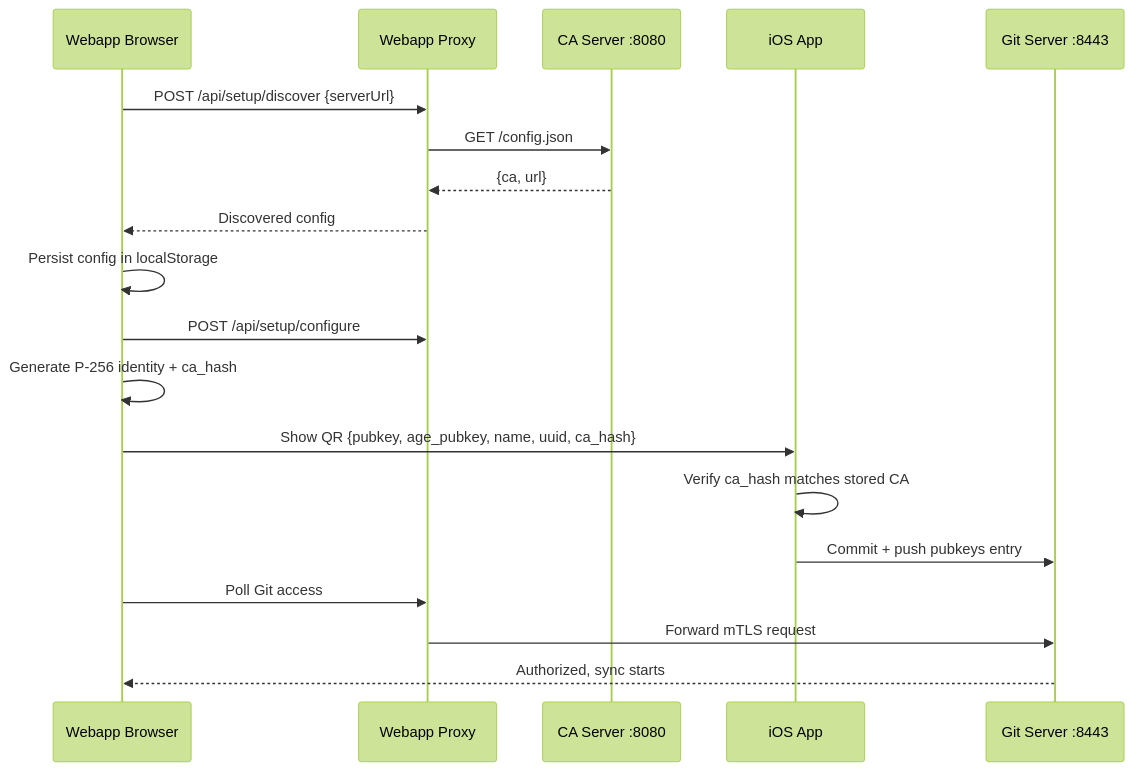
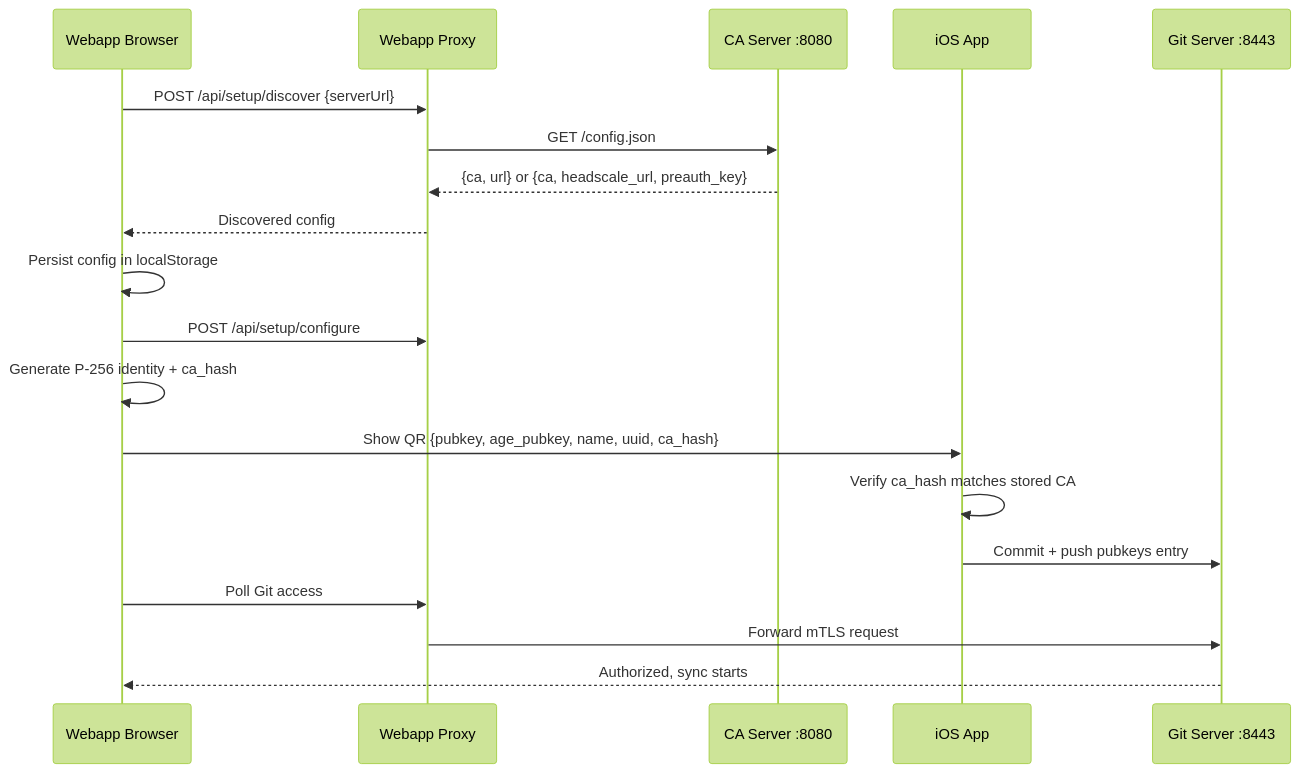
One commit to mr-andreas/replycant changed the fourth of 4 diagrams in docs/docs/gitdb/device-onboarding.md. Above: the diagram before and after it, drawn with Mermaid (forest theme). The commit also changed other lines of this file and 52 other files, not shown here.

````diff
--- a/docs/docs/gitdb/device-onboarding.md
+++ b/docs/docs/gitdb/device-onboarding.md
@@ -266,22 +274,22 @@
 ```mermaid
 sequenceDiagram
     participant Browser as Webapp Browser
     participant Proxy as Webapp Proxy
     participant CAServer as CA Server :8080
     participant Device as iOS App
     participant GitServer as Git Server :8443
 
     Browser->>Proxy: POST /api/setup/discover {serverUrl}
     Proxy->>CAServer: GET /config.json
-    CAServer-->>Proxy: {ca, url}
+    CAServer-->>Proxy: {ca, url} or {ca, headscale_url, preauth_key}
     Proxy-->>Browser: Discovered config
     Browser->>Browser: Persist config in localStorage
     Browser->>Proxy: POST /api/setup/configure
     Browser->>Browser: Generate P-256 identity + ca_hash
     Browser->>Device: Show QR {pubkey, age_pubkey, name, uuid, ca_hash}
     Device->>Device: Verify ca_hash matches stored CA
     Device->>GitServer: Commit + push pubkeys entry
     Browser->>Proxy: Poll Git access
     Proxy->>GitServer: Forward mTLS request
     GitServer-->>Browser: Authorized, sync starts
 ```
````
